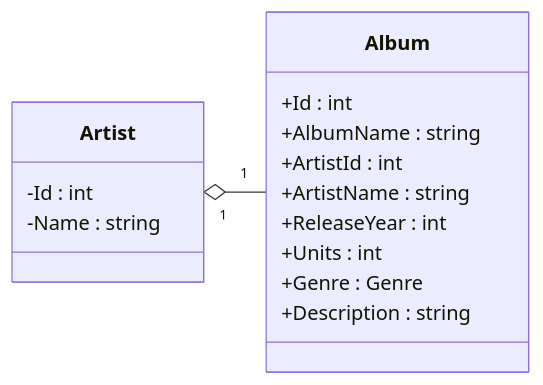
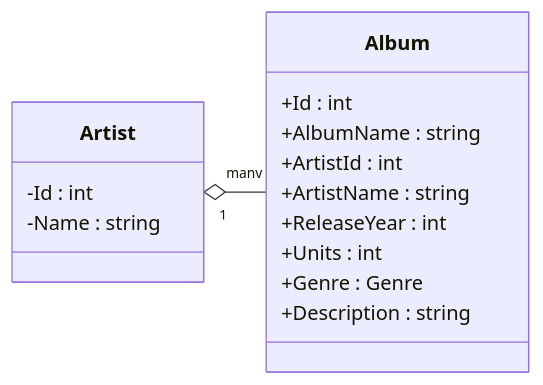
The second of 2 diagrams in README.md (thecodingrunner/RecordApplication), drawn with Mermaid before and after one commit.

````diff
--- a/README.md
+++ b/README.md
@@ -16,19 +16,19 @@
 ```mermaid
 classDiagram
   direction RL
   class Album {
     +Id : int
     +AlbumName : string
     +ArtistId : int
     +ArtistName : string
     +ReleaseYear : int
     +Units : int
     +Genre : Genre
     +Description : string
   }
   class Artist {
     -Id : int
     -Name : string
   }
-  Album "1" --o "1" Artist
+  Album "many" --o "1" Artist
 ```
````
